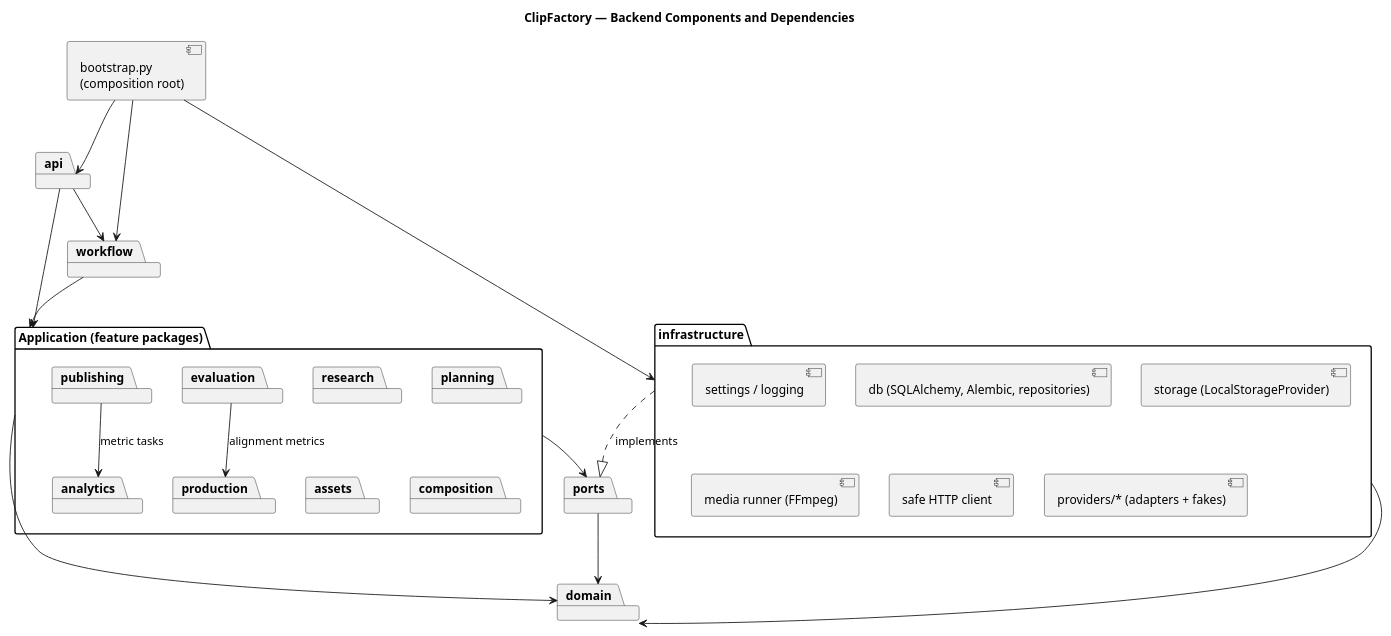
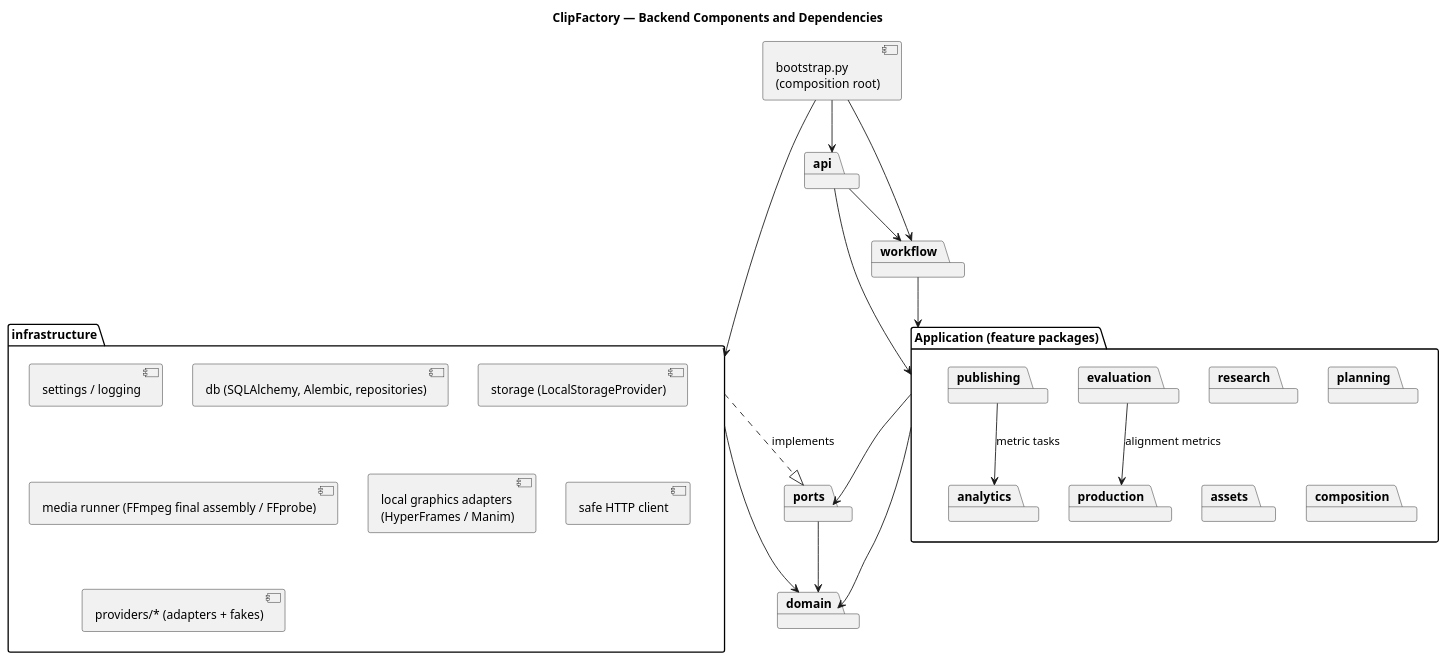
The diagram in doc/specifications/architecture/diagrams/component-diagram.puml (lePuffin/ClipFactory), drawn with PlantUML before and after one commit. The commit also changed 306 other files, not shown here.

```diff
--- a/doc/specifications/architecture/diagrams/component-diagram.puml
+++ b/doc/specifications/architecture/diagrams/component-diagram.puml
@@ -1,42 +1,43 @@
 @startuml component-diagram
 ' Backend packages and dependency rules — see ../application-architecture.md
 title ClipFactory — Backend Components and Dependencies
 
 package "api" as api
 package "workflow" as workflow
 package "Application (feature packages)" as app {
   package "research" as research
   package "planning" as planning
   package "assets" as assets
   package "production" as production
   package "composition" as composition
   package "evaluation" as evaluation
   package "publishing" as publishing
   package "analytics" as analytics
 }
 package "ports" as ports
 package "domain" as domain
 package "infrastructure" as infra {
   component "settings / logging"
   component "db (SQLAlchemy, Alembic, repositories)"
   component "storage (LocalStorageProvider)"
-  component "media runner (FFmpeg)"
+  component "media runner (FFmpeg final assembly / FFprobe)"
+  component "local graphics adapters\n(HyperFrames / Manim)"
   component "safe HTTP client"
   component "providers/* (adapters + fakes)"
 }
 component "bootstrap.py\n(composition root)" as boot
 
 api --> workflow
 api --> app
 workflow --> app
 app --> ports
 app --> domain
 ports --> domain
 infra ..|> ports : implements
 infra --> domain
 evaluation --> production : alignment metrics
 publishing --> analytics : metric tasks
 boot --> api
 boot --> workflow
 boot --> infra
 @enduml
```
